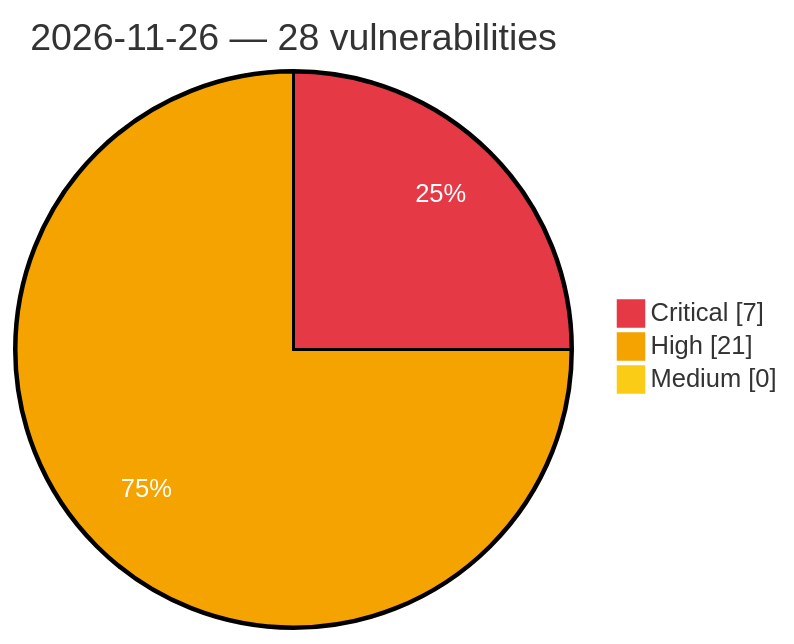
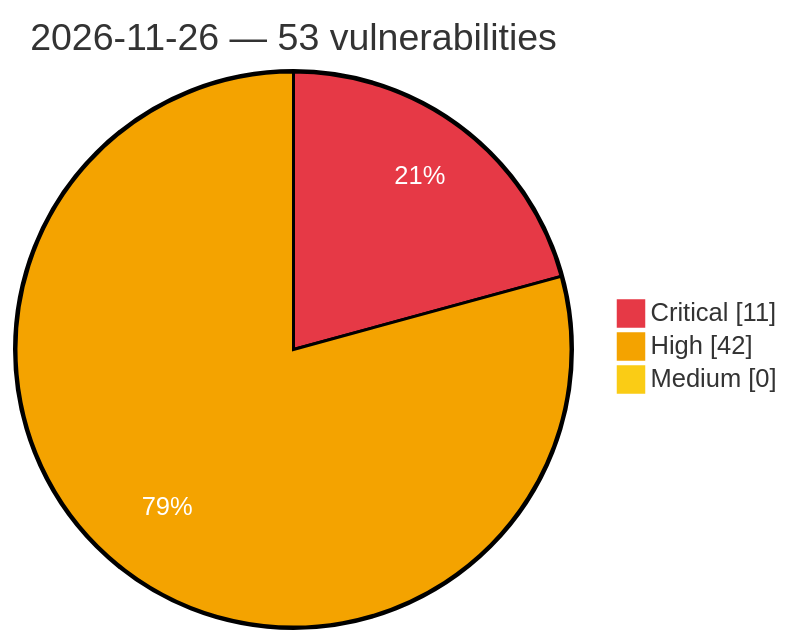
Before and after one commit to GhostX0X/vuln-tracker: the diagram in vulnerabilities/2026/November/2026-11-26.md, drawn with Mermaid. The commit also changed other lines of this file and 5 other files, not shown here.

Commit message:
Auto update: critical/high vulns (2026-11-26 21:56 UTC)

````diff
--- a/vulnerabilities/2026/November/2026-11-26.md
+++ b/vulnerabilities/2026/November/2026-11-26.md
@@ -3,8 +3,8 @@
 ```mermaid
 %%{init: {'theme':'base', 'themeVariables': {'pie1':'#e63946', 'pie2':'#f4a300', 'pie3':'#facc15', 'pieOpacity':'1', 'pieOuterStrokeWidth':'2px', 'pieSectionTextColor':'#ffffff'}}}%%
 pie showData
-    title 2026-11-26 — 28 vulnerabilities
-    "Critical" : 7
-    "High" : 21
+    title 2026-11-26 — 53 vulnerabilities
+    "Critical" : 11
+    "High" : 42
     "Medium" : 0
 ```
````
